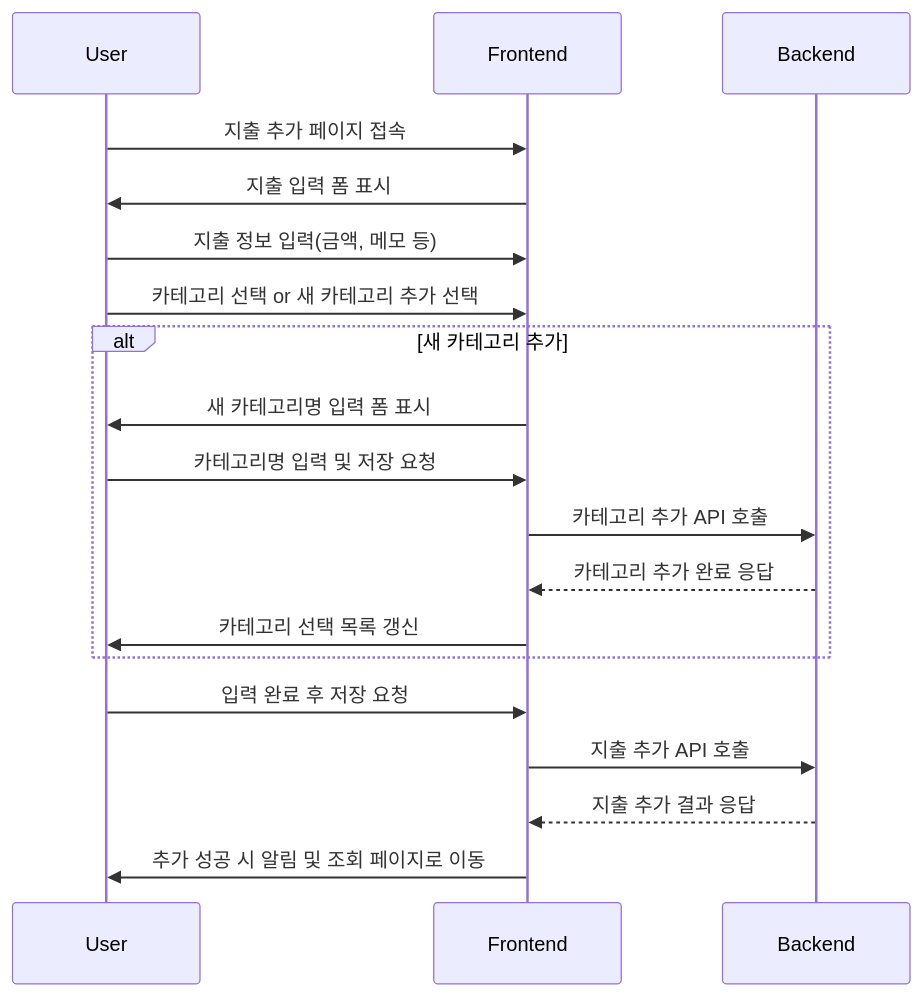
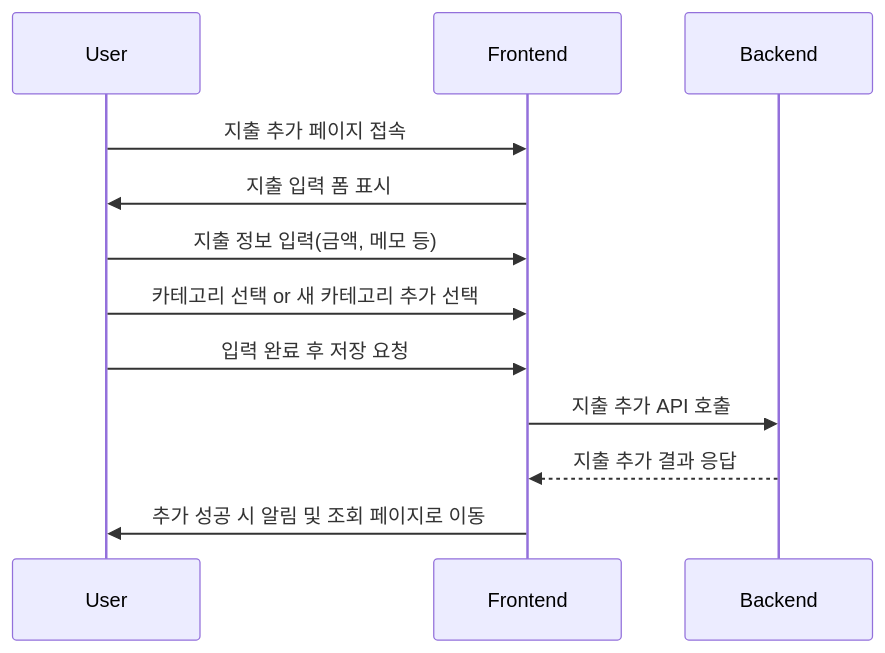
The fourth of 8 diagrams in README.md (pudding-toy-5/blinkit-fe), drawn with Mermaid before and after one commit. The commit also changed other lines of this file, not shown here.

Commit message:
docs: update sequenceDiagram in 지출 수정 및 삭제

````diff
--- a/README.md
+++ b/README.md
@@ -129,25 +130,17 @@
 ```mermaid
 sequenceDiagram
   participant User
   participant Frontend
   participant Backend
 
   User->>Frontend: 지출 추가 페이지 접속
   Frontend->>User: 지출 입력 폼 표시
 
   User->>Frontend: 지출 정보 입력(금액, 메모 등)
   User->>Frontend: 카테고리 선택 or 새 카테고리 추가 선택
 
-  alt 새 카테고리 추가
-    Frontend->>User: 새 카테고리명 입력 폼 표시
-    User->>Frontend: 카테고리명 입력 및 저장 요청
-    Frontend->>Backend: 카테고리 추가 API 호출
-    Backend-->>Frontend: 카테고리 추가 완료 응답
-    Frontend->>User: 카테고리 선택 목록 갱신
-  end
-
   User->>Frontend: 입력 완료 후 저장 요청
   Frontend->>Backend: 지출 추가 API 호출
   Backend-->>Frontend: 지출 추가 결과 응답
   Frontend->>User: 추가 성공 시 알림 및 조회 페이지로 이동
 ```
````
